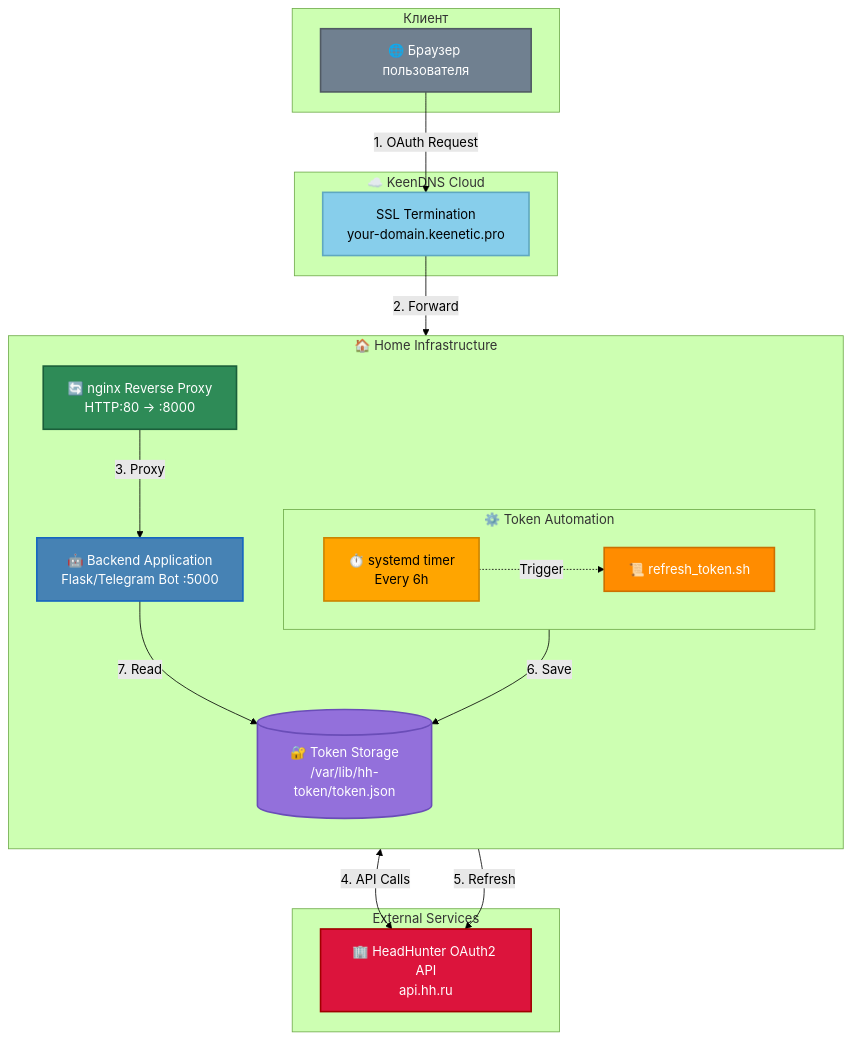
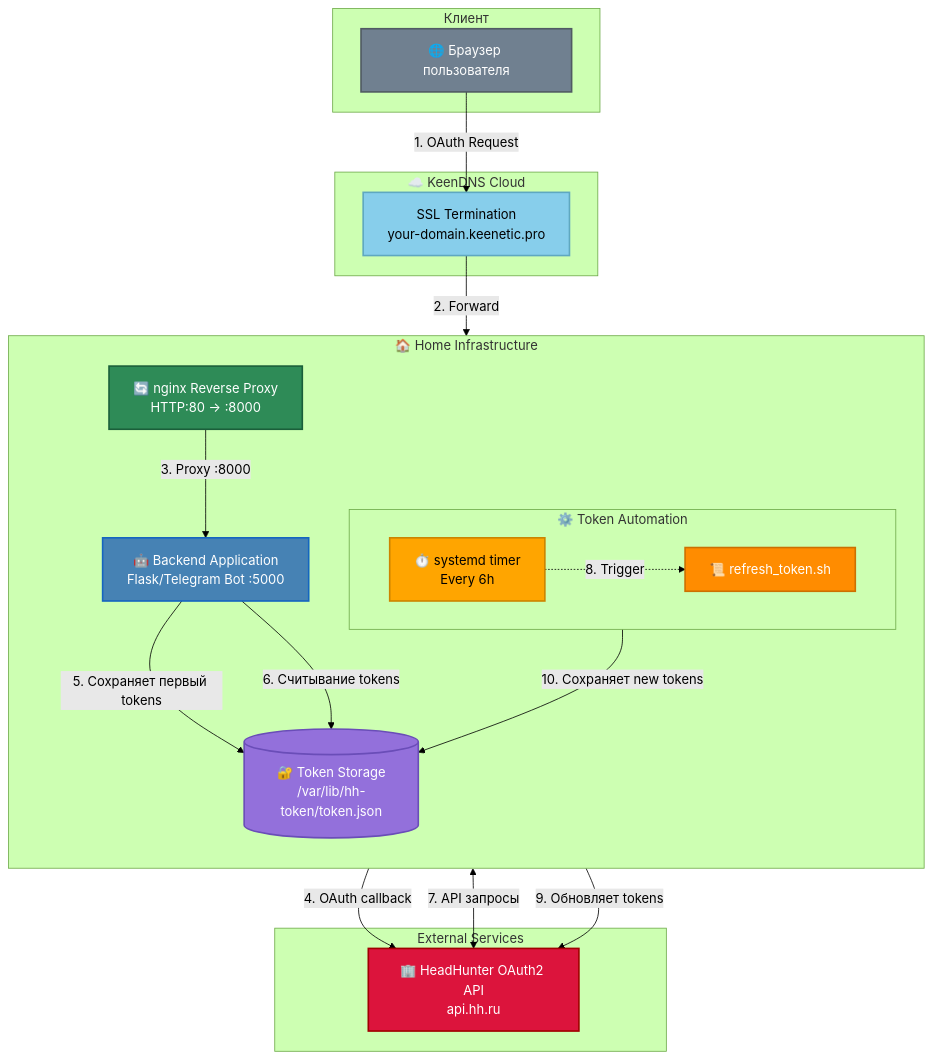
The diagram in docs/oauth-flow.md (do6pbln9l/hh-oauth2-keendns-nginx-systemd), drawn with Mermaid (forest theme) before and after one commit.

````diff
--- a/docs/oauth-flow.md
+++ b/docs/oauth-flow.md
@@ -7,51 +7,56 @@
 ```mermaid
 flowchart TB
 
     subgraph client["Клиент"]
         Browser[🌐 Браузер пользователя]
     end
     
     subgraph cloud["☁️ KeenDNS Cloud"]
         KeenDNS[SSL Termination<br/>your-domain.keenetic.pro]
     end
     
     subgraph home["🏠 Home Infrastructure"]
         direction TB
         Nginx[🔄 nginx Reverse Proxy<br/>HTTP:80 → :8000]
         App[🤖 Backend Application<br/>Flask/Telegram Bot :5000]
         
         subgraph automation["⚙️ Token Automation"]
             direction LR
             Timer[⏱️ systemd timer<br/>Every 6h]
             Script[📜 refresh_token.sh]
         end
         
         TokenStore[(🔐 Token Storage<br/>/var/lib/hh-token/token.json)]
     end
     
     subgraph api["External Services"]
         HHAPI[🏢 HeadHunter OAuth2 API<br/>api.hh.ru]
     end
     
-    %% OAuth Flow
+    %% OAuth Flow (первичная авторизация):
     Browser -->|1. OAuth Request| KeenDNS
     KeenDNS -->|2. Forward| Nginx
-    Nginx -->|3. Proxy| App
-    App <-->|4. API Calls| HHAPI
+    Nginx -->|3. Proxy :8000| App
+    App -->|4. OAuth callback| HHAPI
+    App -->|5. Сохраняет первый tokens| TokenStore
     
-    %% Token Refresh
-    Timer -.->|Trigger| Script
-    Script -->|5. Refresh| HHAPI
-    Script -->|6. Save| TokenStore
-    App -->|7. Read| TokenStore
+    %% Production Flow (работа приложения):
+    App -->|6. Считывание tokens| TokenStore
+    App <-->|7. API запросы| HHAPI
+    
+    %% Token Refresh Flow (автообновление):
+    Timer -.->|8. Trigger| Script
+    Script -->|9. Обновляет tokens| HHAPI
+    Script -->|10. Сохраняет new tokens| TokenStore
+ 
     
     %% Styling
     style Nginx fill:#2E8B57,color:#FFFFFF,stroke:#1a5f3a,stroke-width:2px
     style App fill:#4682B4,color:#FFFFFF,stroke:#1565c0,stroke-width:2px
     style HHAPI fill:#DC143C,color:#FFFFFF,stroke:#a00000,stroke-width:2px
     style Timer fill:#FFA500,color:#000000,stroke:#cc8400,stroke-width:2px
     style Script fill:#FF8C00,color:#FFFFFF,stroke:#cc7000,stroke-width:2px
     style TokenStore fill:#9370DB,color:#FFFFFF,stroke:#6a4db8,stroke-width:2px
     style Browser fill:#708090,color:#FFFFFF,stroke:#505a63,stroke-width:2px
     style KeenDNS fill:#87CEEB,color:#000000,stroke:#5fa8c0,stroke-width:2px
 ```
````
